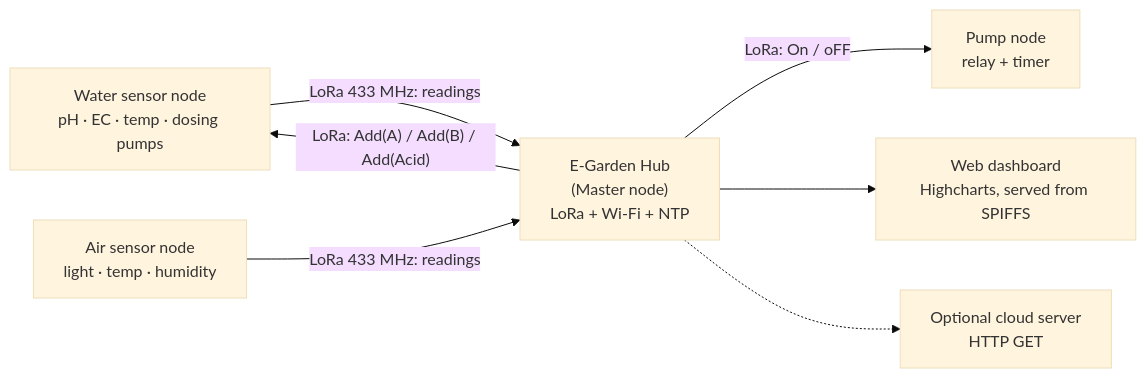
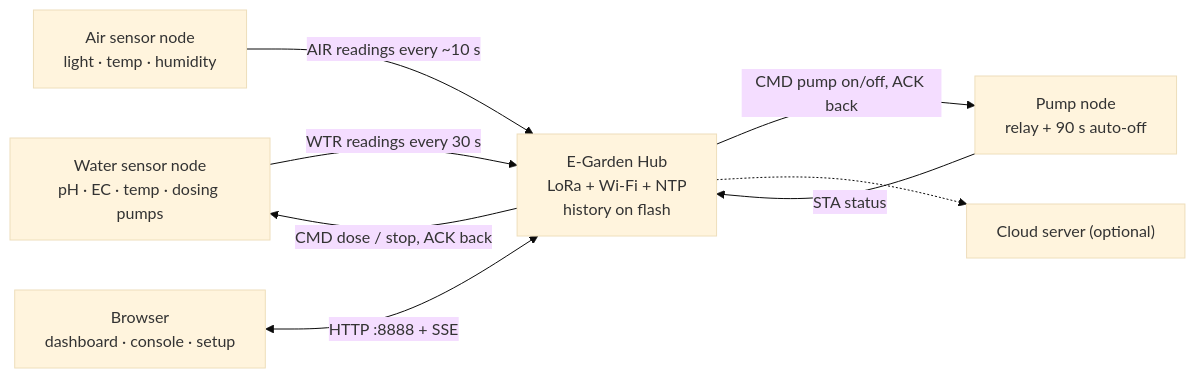
Before and after one commit to Putinun-te/E-Garden: the diagram in README.md, drawn with Mermaid (base theme). The commit also changed other lines of this file, not shown here.

First line of the commit message:
README: v2 architecture, wiring tables, build steps, untested notice

````diff
--- a/README.md
+++ b/README.md
@@ -61,16 +35,17 @@
 ```mermaid
 flowchart LR
-    AQ["Water sensor node<br/>pH · EC · temp · dosing pumps"]
-    AE["Air sensor node<br/>light · temp · humidity"]
-    PU["Pump node<br/>relay + timer"]
-    HUB["E-Garden Hub<br/>(Master node)<br/>LoRa + Wi-Fi + NTP"]
-    WEB["Web dashboard<br/>Highcharts, served from SPIFFS"]
-    CLOUD["Optional cloud server<br/>HTTP GET"]
+    W["Water sensor node<br/>pH · EC · temp · dosing pumps"]
+    A["Air sensor node<br/>light · temp · humidity"]
+    P["Pump node<br/>relay + 90 s auto-off"]
+    H["E-Garden Hub<br/>LoRa + Wi-Fi + NTP<br/>history on flash"]
+    B["Browser<br/>dashboard · console · setup"]
+    C["Cloud server (optional)"]
 
-    AQ -- "LoRa 433 MHz: readings" --> HUB
-    AE -- "LoRa 433 MHz: readings" --> HUB
-    HUB -- "LoRa: Add(A) / Add(B) / Add(Acid)" --> AQ
-    HUB -- "LoRa: On / oFF" --> PU
-    HUB --> WEB
-    HUB -.-> CLOUD
+    W -- "WTR readings every 30 s" --> H
+    A -- "AIR readings every ~10 s" --> H
+    H -- "CMD dose / stop, ACK back" --> W
+    H -- "CMD pump on/off, ACK back" --> P
+    P -- "STA status" --> H
+    B <-- "HTTP :8888 + SSE" --> H
+    H -.-> C
 ```
````
